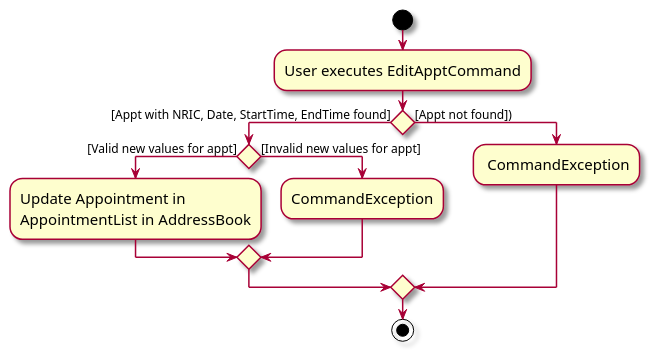
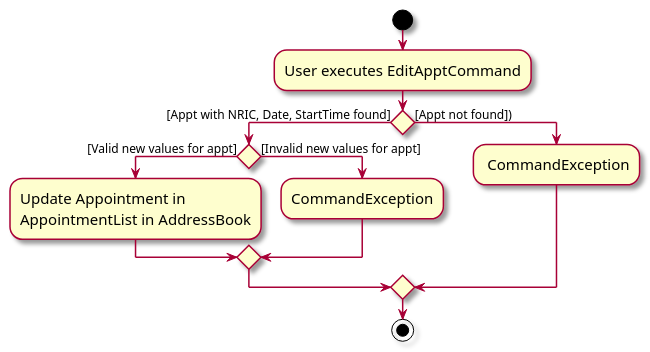
The diagram in docs/diagrams/EditApptActivityDiagram.puml (xuelinglow/tp), drawn with PlantUML before and after one commit. The commit also changed 3 other files, not shown here.

Commit message:
Update diagrams based on changes to commands

```diff
--- a/docs/diagrams/EditApptActivityDiagram.puml
+++ b/docs/diagrams/EditApptActivityDiagram.puml
@@ -1,19 +1,19 @@
 @startuml
 skin rose
 skinparam ActivityFontSize 15
 skinparam ArrowFontSize 12
 start
 :User executes EditApptCommand;
 
-if () then ([Appt with NRIC, Date, StartTime, EndTime found])
+if () then ([Appt with NRIC, Date, StartTime found])
     if () then ([Valid new values for appt])
         :Update Appointment in
         AppointmentList in AddressBook;
     else ([Invalid new values for appt])
         :CommandException;
     endif
 else ([Appt not found]))
     : CommandException;
 endif
 stop
 @enduml
```
